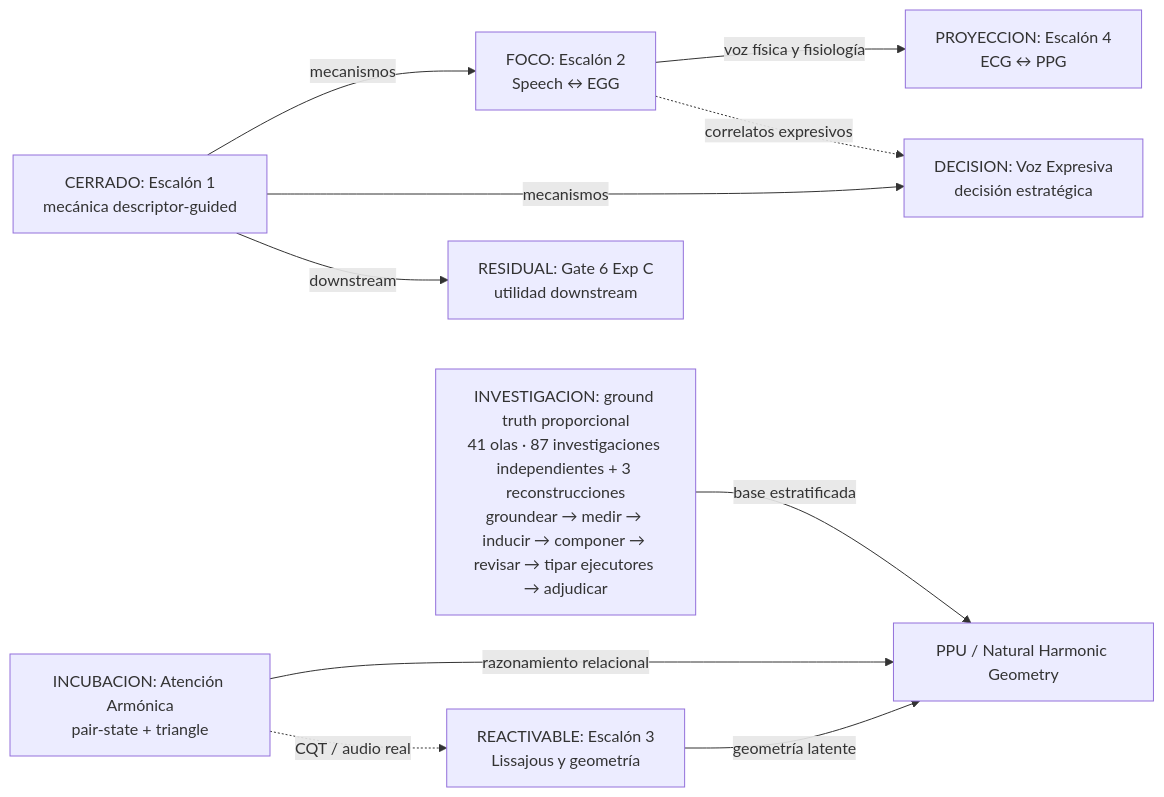
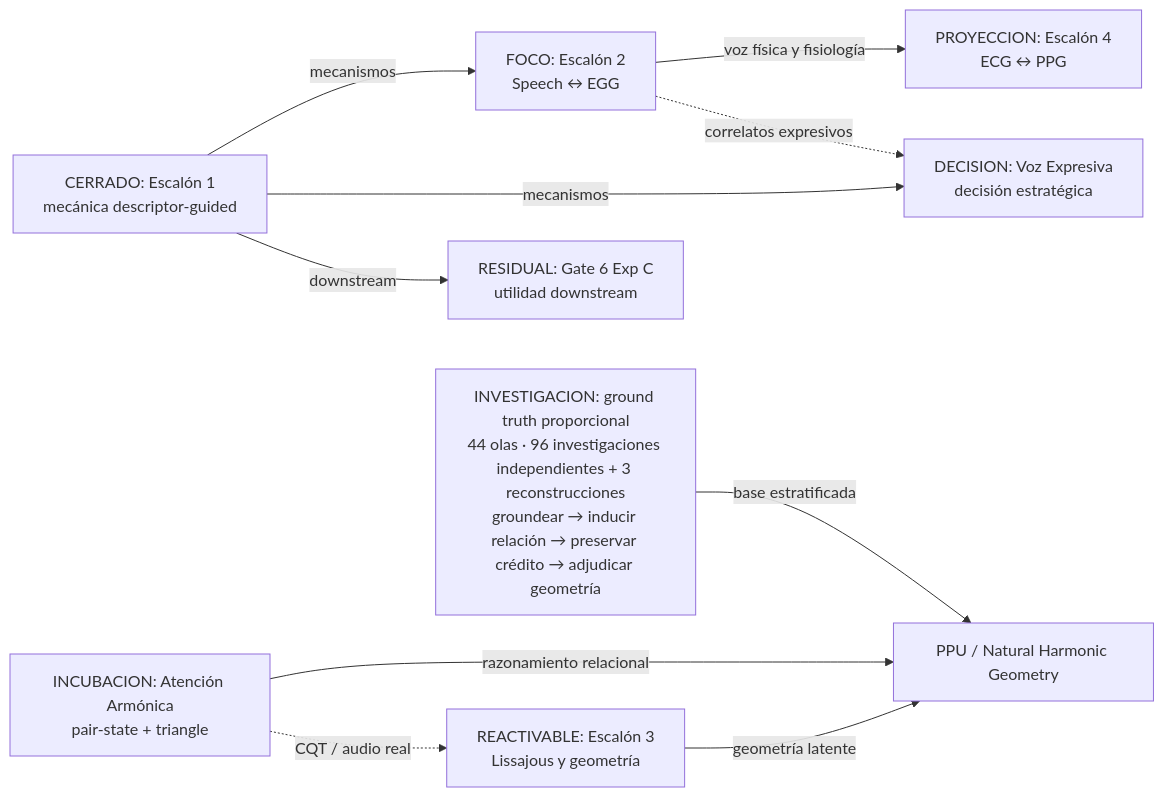
One commit to Mar-IA-no/Phideus changed the first of 2 diagrams in Documents/05_WIKI/MAPA_VISUAL_DEL_PROGRAMA.md. Above: the diagram before and after it, drawn with Mermaid. The commit also changed other lines of this file and 10 other files, not shown here.

````diff
--- a/Documents/05_WIKI/MAPA_VISUAL_DEL_PROGRAMA.md
+++ b/Documents/05_WIKI/MAPA_VISUAL_DEL_PROGRAMA.md
@@ -36,22 +36,22 @@
 ```mermaid
 flowchart LR
     E1["CERRADO: Escalón 1<br/>mecánica descriptor-guided"]
     G6["RESIDUAL: Gate 6 Exp C<br/>utilidad downstream"]
     E2["FOCO: Escalón 2<br/>Speech ↔ EGG"]
     VE["DECISION: Voz Expresiva<br/>decisión estratégica"]
     E3["REACTIVABLE: Escalón 3<br/>Lissajous y geometría"]
     AA["INCUBACION: Atención Armónica<br/>pair-state + triangle"]
     E4["PROYECCION: Escalón 4<br/>ECG ↔ PPG"]
     PPU["PPU / Natural Harmonic Geometry"]
-    GT["INVESTIGACION: ground truth proporcional<br/>41 olas · 87 investigaciones independientes + 3 reconstrucciones<br/>groundear → medir → inducir → componer → revisar → tipar ejecutores → adjudicar"]
+    GT["INVESTIGACION: ground truth proporcional<br/>44 olas · 96 investigaciones independientes + 3 reconstrucciones<br/>groundear → inducir relación → preservar crédito → adjudicar geometría"]
 
     E1 -->|mecanismos| E2
     E1 -->|mecanismos| VE
     E1 -->|downstream| G6
     E2 -->|voz física y fisiología| E4
     E2 -.->|correlatos expresivos| VE
     E3 -->|geometría latente| PPU
     AA -->|razonamiento relacional| PPU
     GT -->|base estratificada| PPU
     AA -.->|CQT / audio real| E3
 ```
````
